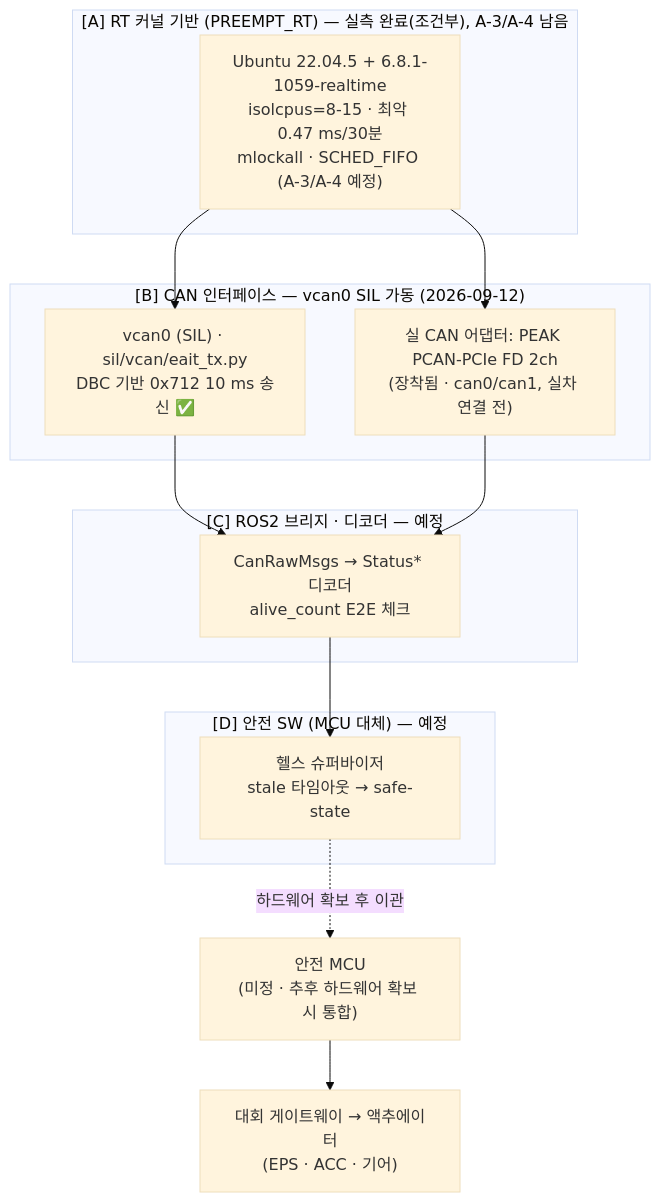
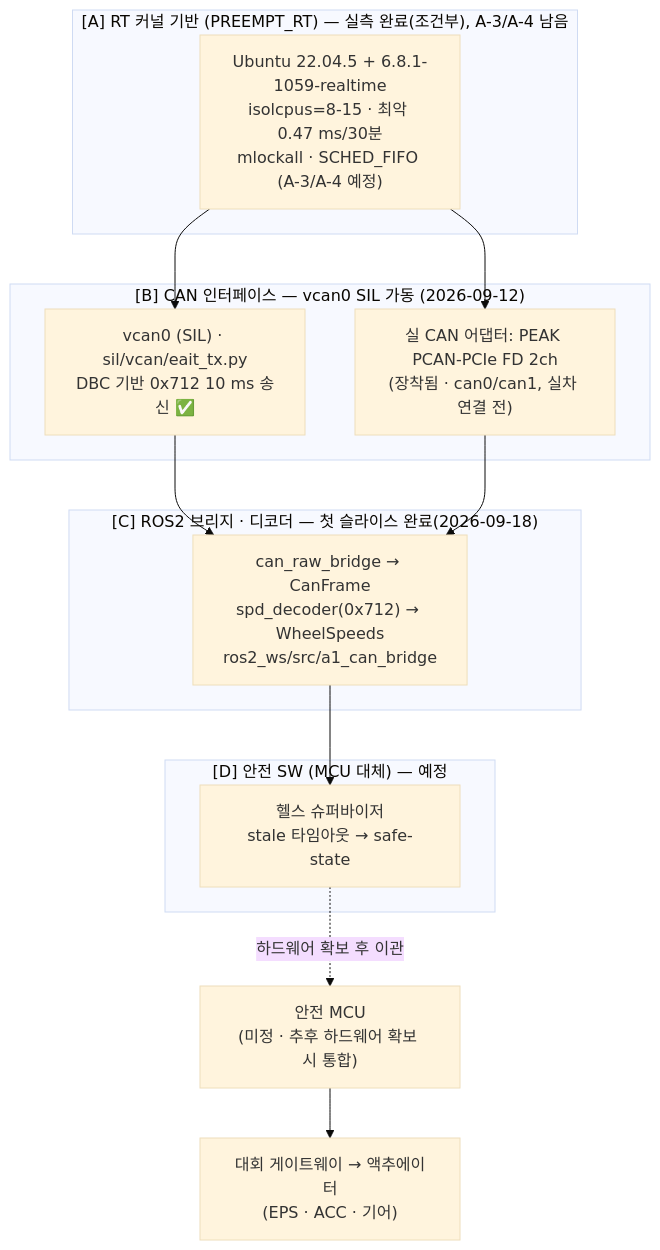
One commit to seungmin01-miru/A1-BSW changed the first of 2 diagrams in can_stack_development.md. Above: the diagram before and after it, drawn with Mermaid (base theme). The commit also changed other lines of this file and 22 other files, not shown here.

First line of the commit message:
Phase C 걷기골격 1종 슬라이스: vcan0 → can_raw_bridge → spd_decoder(0x712) → /control/status/wheel (hz 100, 지연 2ms, cantools 대비 불일치 0)

````diff
--- a/can_stack_development.md
+++ b/can_stack_development.md
@@ -21,26 +21,26 @@
 ```mermaid
 flowchart TB
   subgraph A["[A] RT 커널 기반 (PREEMPT_RT) — 실측 완료(조건부), A-3/A-4 남음"]
     K["Ubuntu 22.04.5 + 6.8.1-1059-realtime<br/>isolcpus=8-15 · 최악 0.47 ms/30분<br/>mlockall · SCHED_FIFO (A-3/A-4 예정)"]
   end
   subgraph B["[B] CAN 인터페이스 — vcan0 SIL 가동 (2026-09-12)"]
     VCAN["vcan0 (SIL) · sil/vcan/eait_tx.py<br/>DBC 기반 0x712 10 ms 송신 ✅"]
     RCAN["실 CAN 어댑터: PEAK PCAN-PCIe FD 2ch<br/>(장착됨 · can0/can1, 실차 연결 전)"]
   end
-  subgraph C["[C] ROS2 브리지 · 디코더 — 예정"]
-    DEC["CanRawMsgs → Status* 디코더<br/>alive_count E2E 체크"]
+  subgraph C["[C] ROS2 브리지 · 디코더 — 첫 슬라이스 완료(2026-09-18)"]
+    DEC["can_raw_bridge → CanFrame<br/>spd_decoder(0x712) → WheelSpeeds<br/>ros2_ws/src/a1_can_bridge"]
   end
   subgraph D["[D] 안전 SW (MCU 대체) — 예정"]
     WD["헬스 슈퍼바이저<br/>stale 타임아웃 → safe-state"]
   end
   MCU["안전 MCU<br/>(미정 · 추후 하드웨어 확보 시 통합)"]
   GW["대회 게이트웨이 → 액추에이터<br/>(EPS · ACC · 기어)"]
 
   K --> VCAN
   K --> RCAN
   VCAN --> DEC
   RCAN --> DEC
   DEC --> WD
   WD -.하드웨어 확보 후 이관.-> MCU
   MCU --> GW
 ```
````
